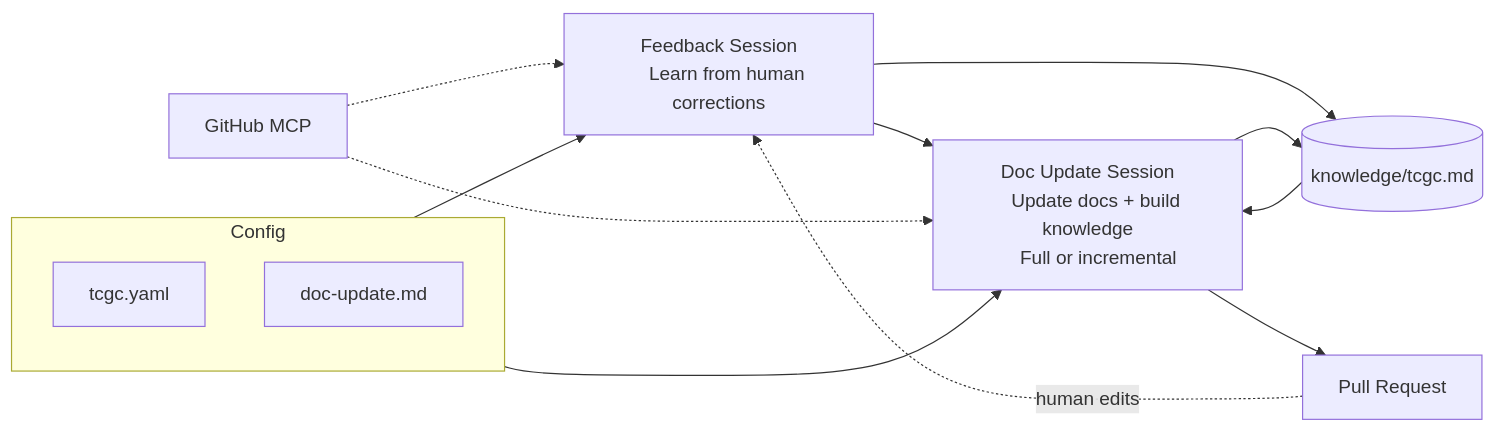
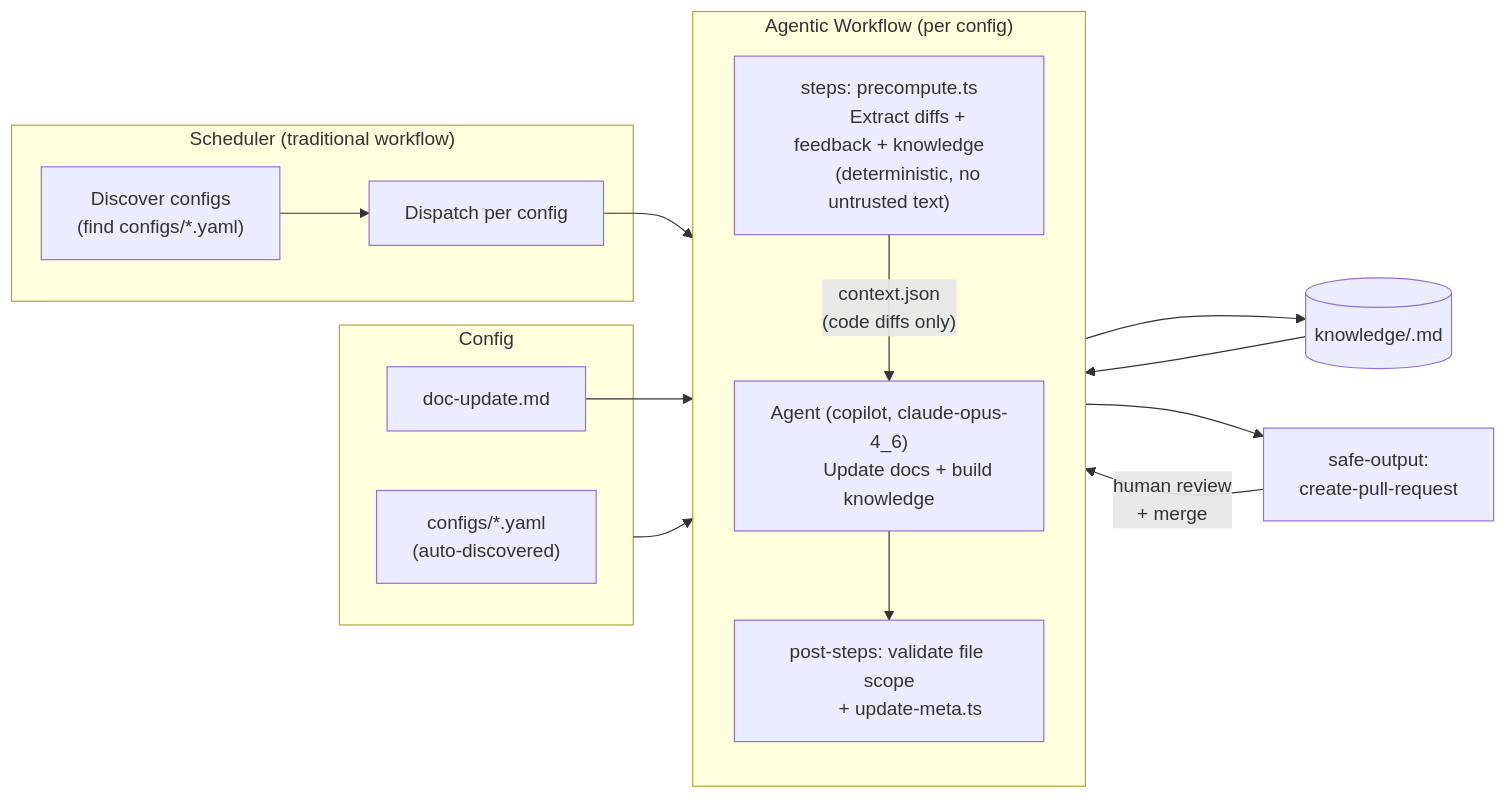
The diagram in eng/scripts/doc-updater/flow.md (Azure/typespec-azure), drawn with Mermaid before and after one commit. The commit also changed other lines of this file and 17 other files, not shown here.

````diff
--- a/eng/scripts/doc-updater/flow.md
+++ b/eng/scripts/doc-updater/flow.md
@@ -3,30 +3,43 @@
 ```mermaid
 flowchart LR
     subgraph Config
-        YAML[tcgc.yaml]
+        YAML["configs/*.yaml
+        (auto-discovered)"]
         PROMPT[doc-update.md]
     end
 
-    Config --> P0
-    Config --> P1
+    subgraph "Scheduler (traditional workflow)"
+        DISCOVER["Discover configs
+        (find configs/*.yaml)"]
+        DISPATCH[Dispatch per config]
+    end
 
-    P0[Feedback Session
-    Learn from human corrections]
-    P1[Doc Update Session
-    Update docs + build knowledge
-    Full or incremental]
+    subgraph "Agentic Workflow (per config)"
+        direction TB
+        PRECOMPUTE["steps: precompute.ts
+        Extract diffs + feedback + knowledge
+        (deterministic, no untrusted text)"]
+        AGENT["Agent (copilot, claude-opus-4_6)
+        Update docs + build knowledge"]
+        VALIDATE["post-steps: validate file scope
+        + update-meta.ts"]
+    end
 
-    P0 --> P1
+    Config --> PRECOMPUTE
+    DISCOVER --> DISPATCH
+    DISPATCH --> PRECOMPUTE
+    PRECOMPUTE -->|"context.json
+    (code diffs only)"| AGENT
+    PROMPT --> AGENT
+    AGENT --> VALIDATE
 
-    KB[(knowledge/tcgc.md)]
-    MCP[GitHub MCP]
-    PR[Pull Request]
+    KB[(knowledge/<config>.md)]
+    PR["safe-output:
+    create-pull-request"]
 
-    MCP -.-> P0
-    MCP -.-> P1
-    P0 --> KB
-    KB --> P1
-    P1 --> KB
-    P1 --> PR
-    PR -.->|human edits| P0
+    KB --> PRECOMPUTE
+    AGENT --> KB
+    VALIDATE --> PR
+    PR -->|"human review
+    + merge"| PRECOMPUTE
 ```
````
